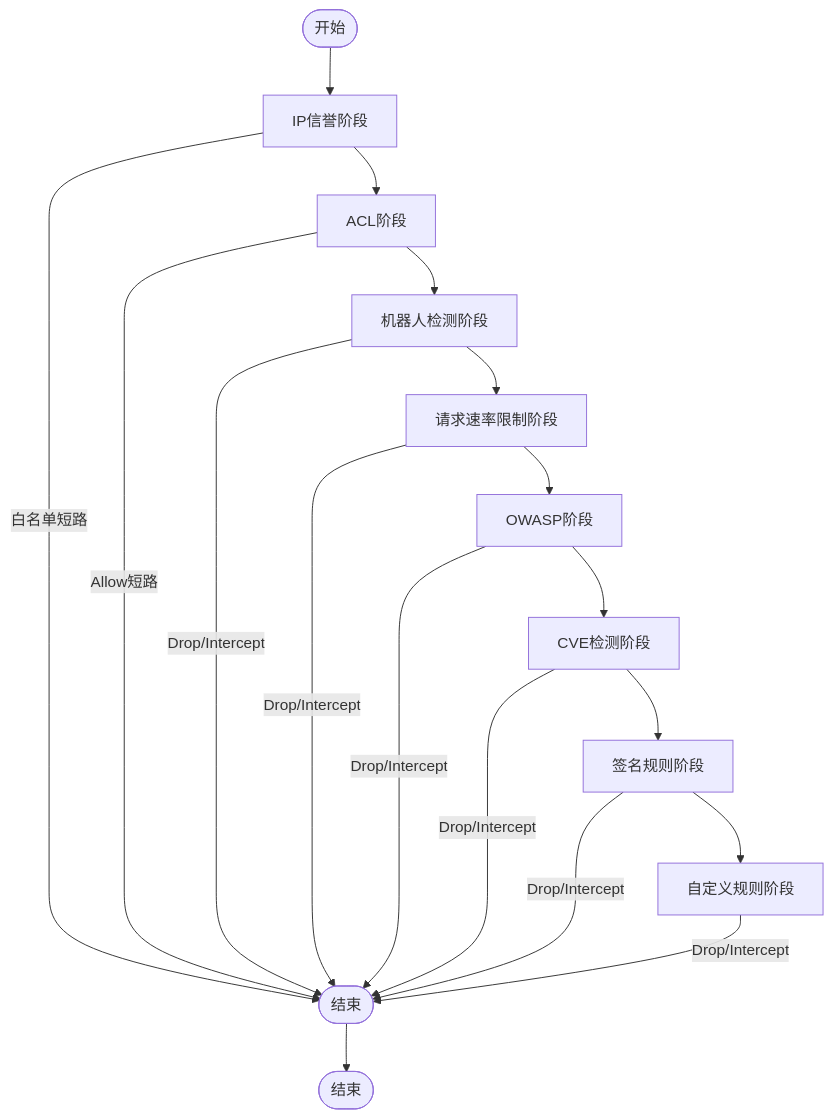
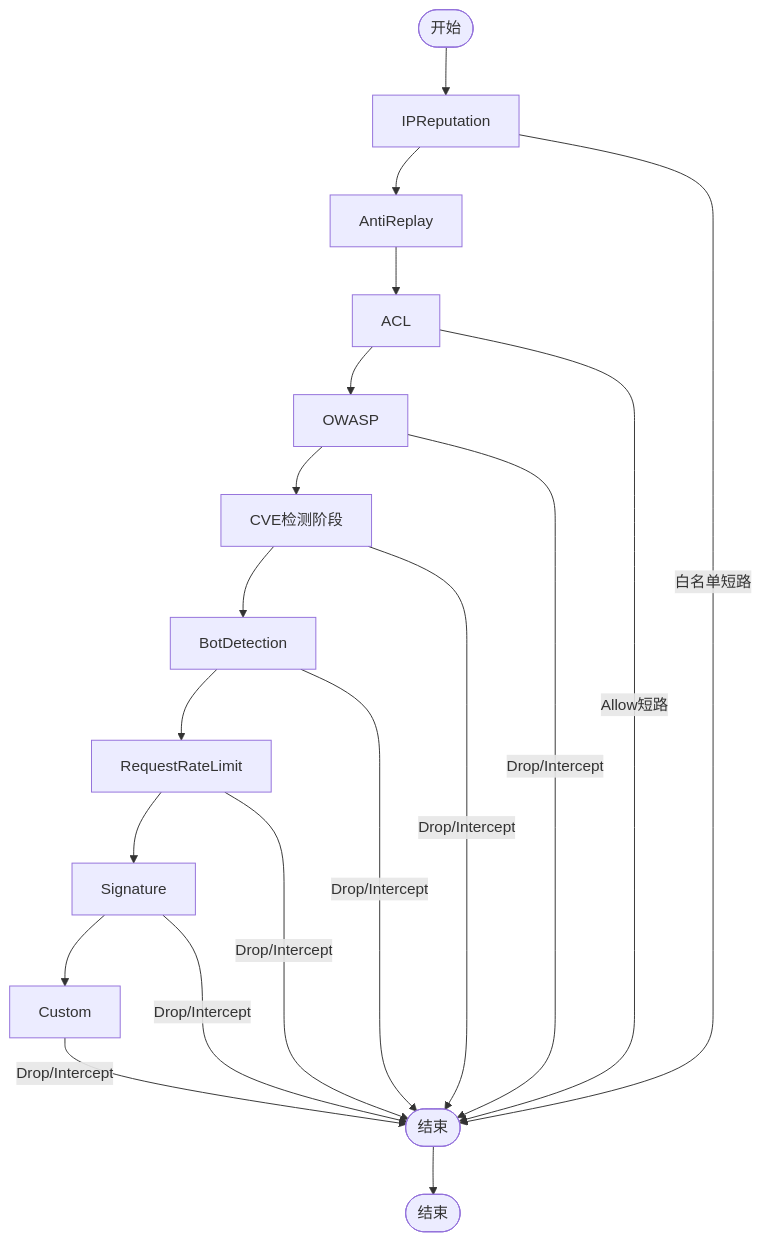
The third of 6 diagrams in docs/扩展与插件系统/规则引擎扩展/执行阶段系统.md (x01n/My-OpenWaf), drawn with Mermaid before and after one commit. The commit also changed other lines of this file and 354 other files, not shown here.

````diff
--- a/docs/扩展与插件系统/规则引擎扩展/执行阶段系统.md
+++ b/docs/扩展与插件系统/规则引擎扩展/执行阶段系统.md
@@ -161,20 +162,21 @@
 ```mermaid
 flowchart TD
-Start(["开始"]) --> IPRep["IP信誉阶段"]
-IPRep --> ACL["ACL阶段"]
-ACL --> Bot["机器人检测阶段"]
-Bot --> RL["请求速率限制阶段"]
-RL --> OWASP["OWASP阶段"]
+Start(["开始"]) --> IPRep["IPReputation"]
+IPRep --> AntiReplay["AntiReplay"]
+AntiReplay --> ACL["ACL"]
+ACL --> OWASP["OWASP"]
 OWASP --> CVE["CVE检测阶段"]
-CVE --> Sig["签名规则阶段"]
-Sig --> Custom["自定义规则阶段"]
+CVE --> Bot["BotDetection"]
+Bot --> RL["RequestRateLimit"]
+RL --> Sig["Signature"]
+Sig --> Custom["Custom"]
 IPRep --> |白名单短路| Done(["结束"])
 ACL --> |Allow短路| Done
 Bot --> |Drop/Intercept| Done
 RL --> |Drop/Intercept| Done
 OWASP --> |Drop/Intercept| Done
 CVE --> |Drop/Intercept| Done
 Sig --> |Drop/Intercept| Done
 Custom --> |Drop/Intercept| Done
 Done --> End(["结束"])
 ```
````
